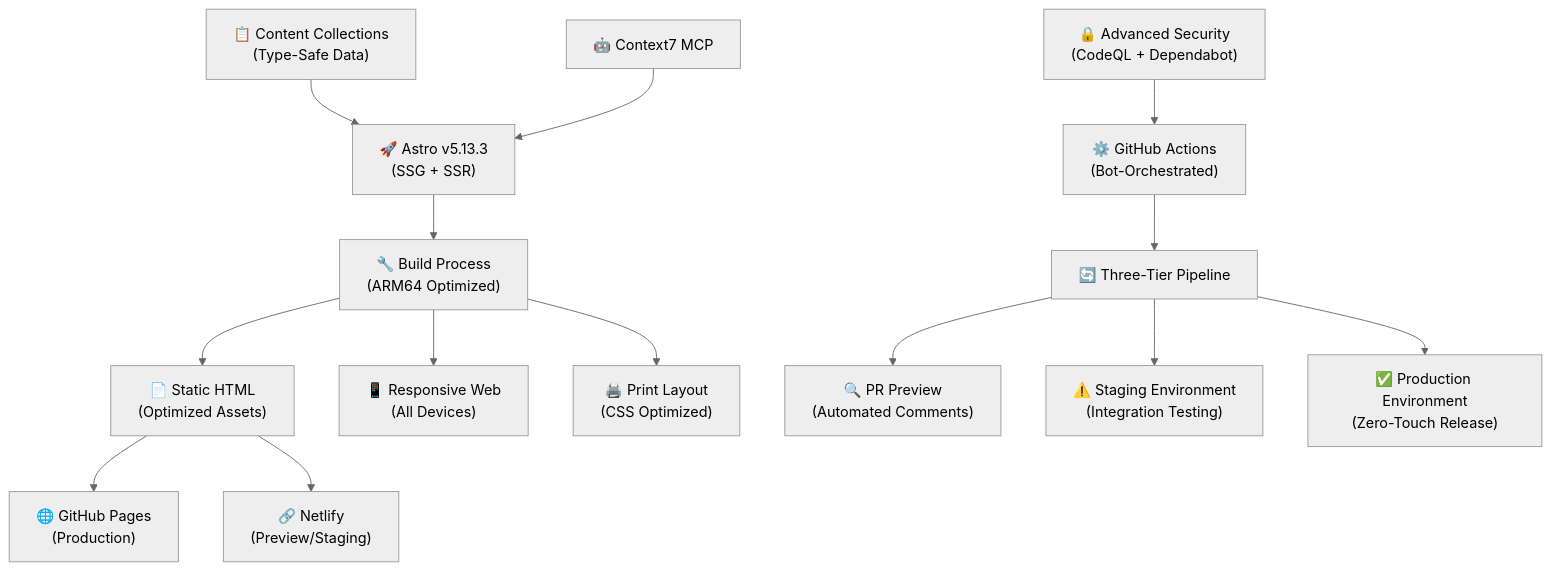
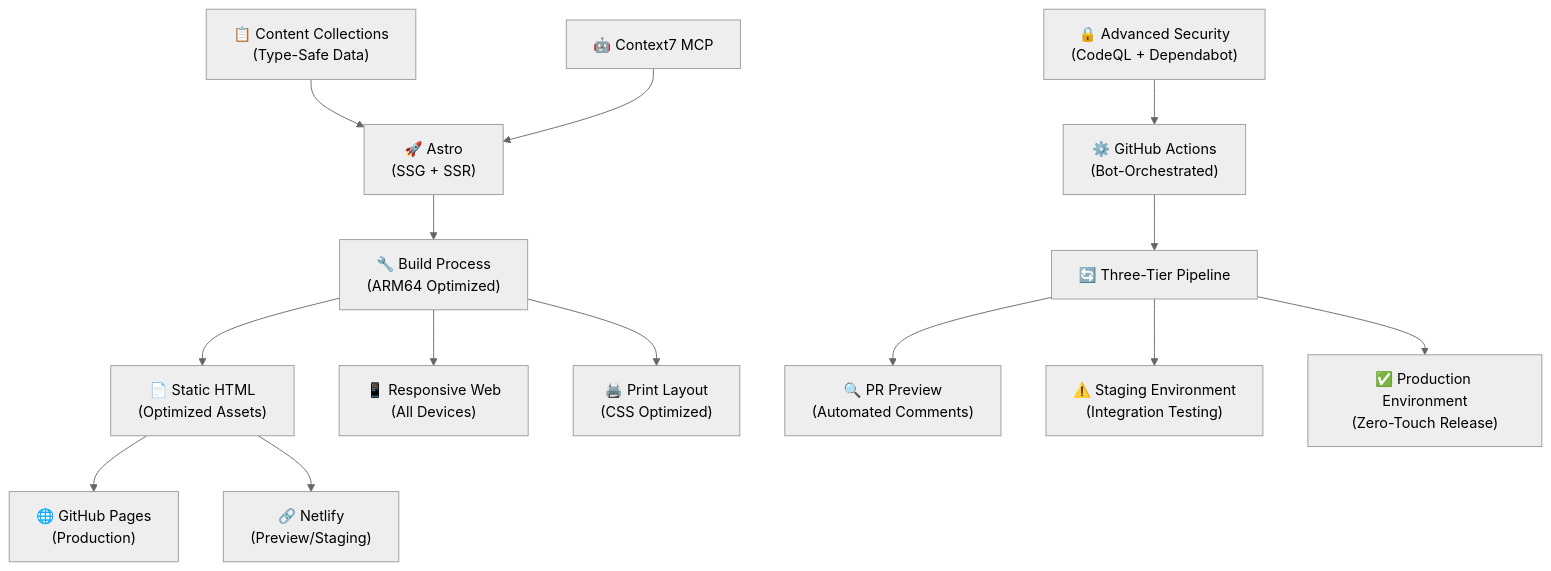
The diagram in README.md (rafilkmp3/resume-as-code), drawn with Mermaid (neutral theme) before and after one commit. The commit also changed other lines of this file and 7 other files, not shown here.

````diff
--- a/README.md
+++ b/README.md
@@ -66,19 +107,19 @@
 ```mermaid
 graph TB
-    A["📋 Content Collections<br/>(Type-Safe Data)"] --> B["🚀 Astro v5.13.3<br/>(SSG + SSR)"] 
+    A["📋 Content Collections<br/>(Type-Safe Data)"] --> B["🚀 Astro<br/>(SSG + SSR)"] 
     B --> C["🔧 Build Process<br/>(ARM64 Optimized)"]
     C --> D["📄 Static HTML<br/>(Optimized Assets)"]
     C --> E["📱 Responsive Web<br/>(All Devices)"]
     C --> F["🖨️ Print Layout<br/>(CSS Optimized)"]
     
     D --> H["🌐 GitHub Pages<br/>(Production)"]
     D --> I["🔗 Netlify<br/>(Preview/Staging)"]
     
     J["⚙️ GitHub Actions<br/>(Bot-Orchestrated)"] --> K["🔄 Three-Tier Pipeline"]
     K --> L["🔍 PR Preview<br/>(Automated Comments)"]
     K --> M["⚠️ Staging Environment<br/>(Integration Testing)"]
     K --> N["✅ Production Environment<br/>(Zero-Touch Release)"]
     
     O["🤖 Context7 MCP"] --> B
     P["🔒 Advanced Security<br/>(CodeQL + Dependabot)"] --> J
 ```
````
